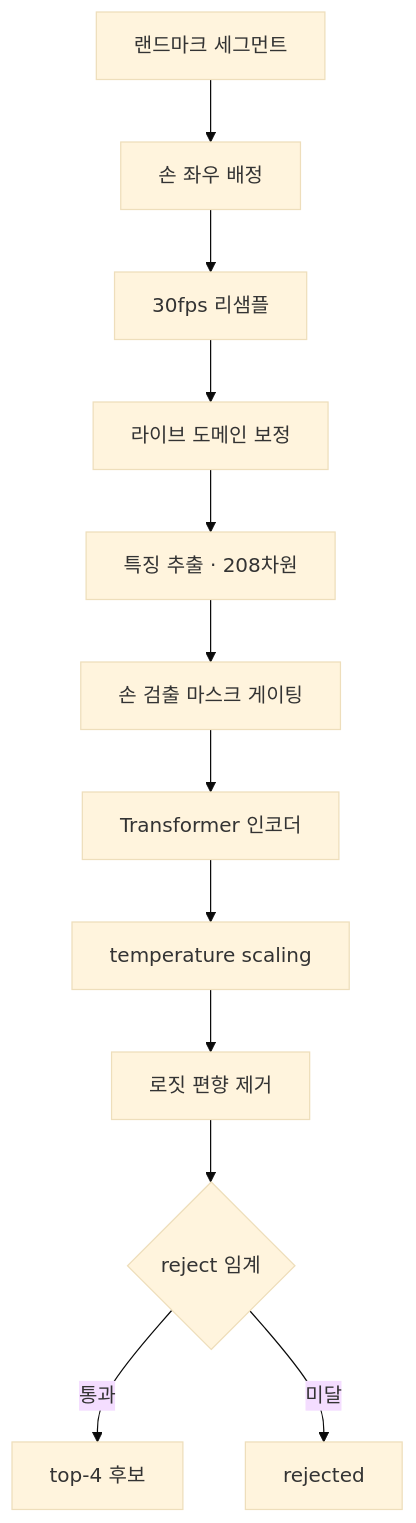
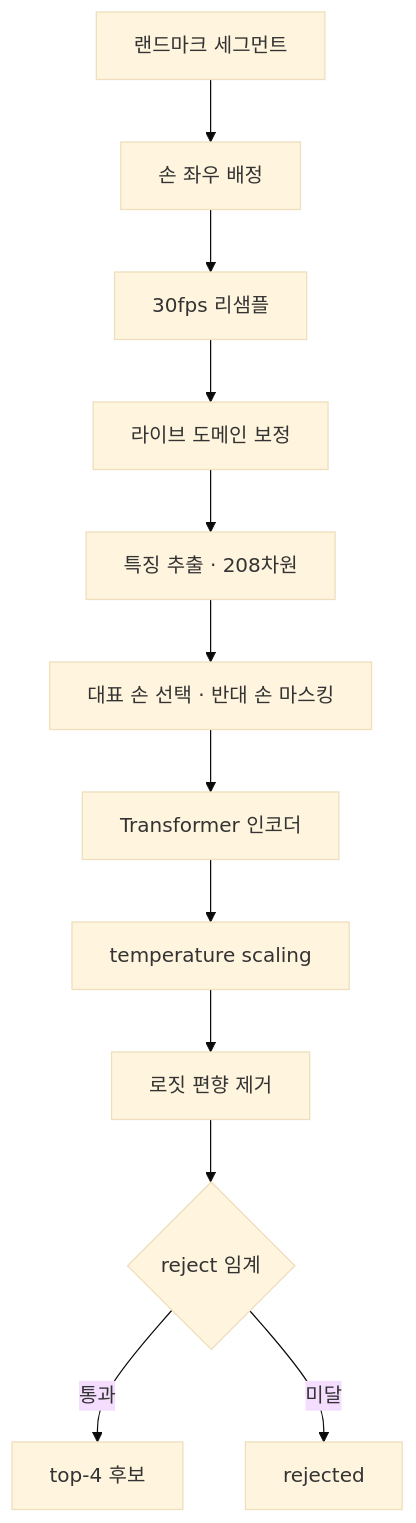
One commit to Ear-Dream/Ear-Dream-Core changed the fourth of 6 diagrams in docs/architecture.md. Above: the diagram before and after it, drawn with Mermaid (base theme). The commit also changed other lines of this file and 8 other files, not shown here.

````diff
--- a/docs/architecture.md
+++ b/docs/architecture.md
@@ -75,14 +75,14 @@
 ```mermaid
 flowchart TB
   IN["랜드마크 세그먼트"] --> ASM["손 좌우 배정"]
   ASM --> RS["30fps 리샘플"]
   RS --> DOM["라이브 도메인 보정"]
   DOM --> FEAT["특징 추출 · 208차원"]
-  FEAT --> GATE["손 검출 마스크 게이팅"]
-  GATE --> ENC["Transformer 인코더"]
+  FEAT --> SEL["대표 손 선택 · 반대 손 마스킹"]
+  SEL --> ENC["Transformer 인코더"]
   ENC --> CAL["temperature scaling"]
   CAL --> DEB["로짓 편향 제거"]
   DEB --> TH{"reject 임계"}
   TH -->|"통과"| TOP["top-4 후보"]
   TH -->|"미달"| REJ["rejected"]
 ```
````
